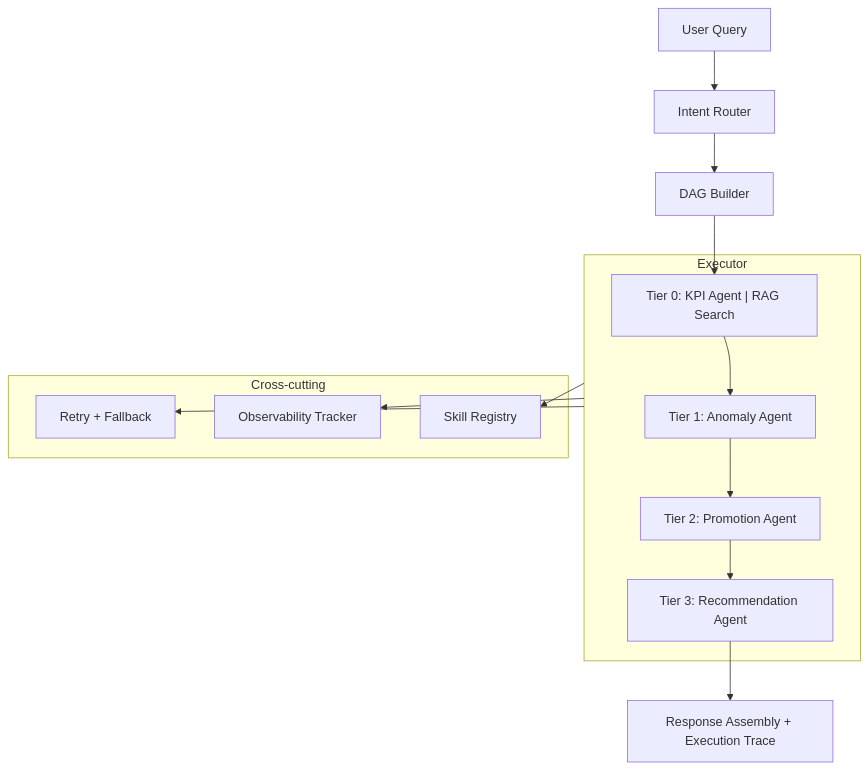
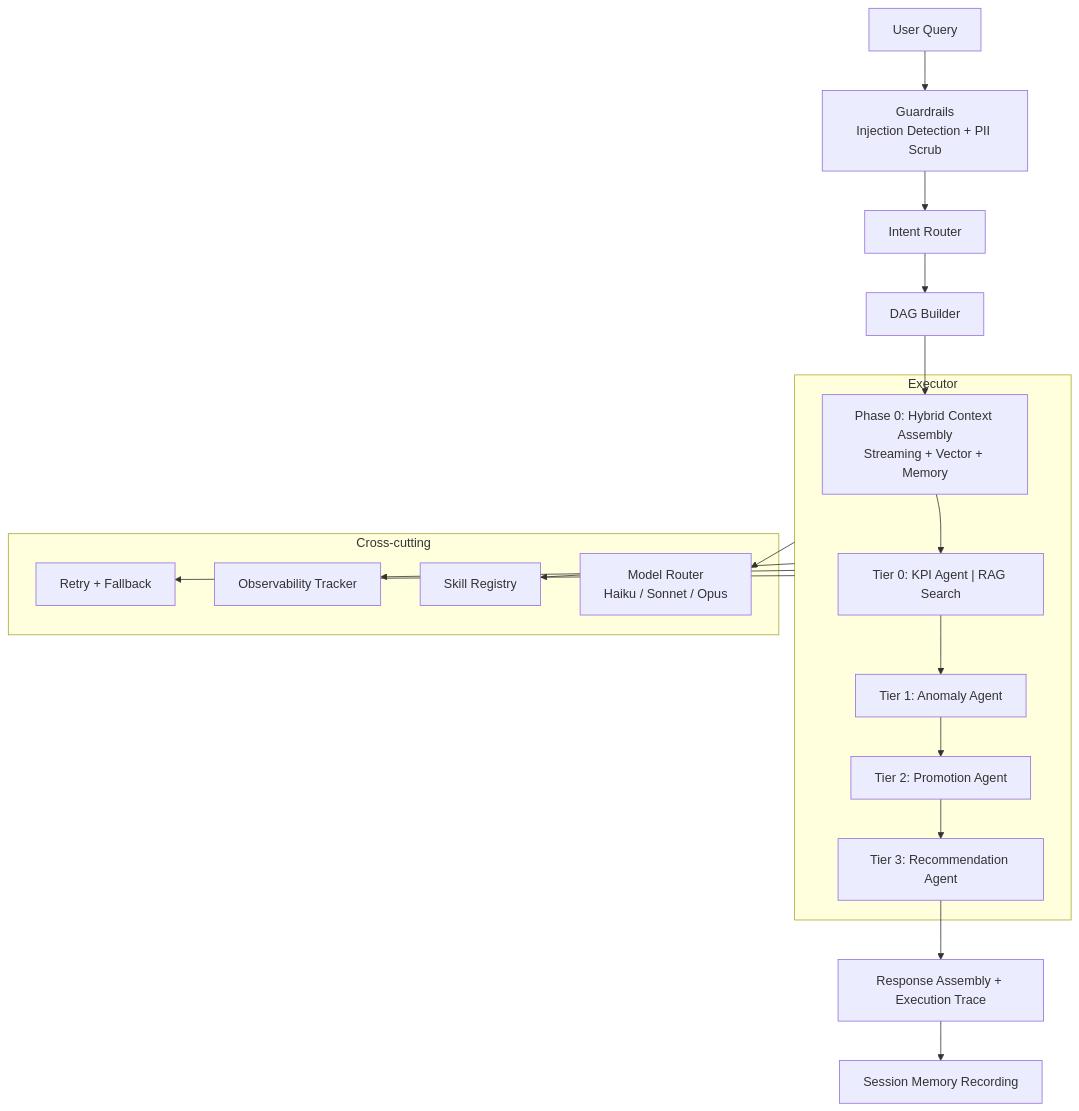
The second of 3 diagrams in architecture/docs/system_overview.md (wchen-dea/Agentic-Operational-Intelligence-Platform), drawn with Mermaid before and after one commit. The commit also changed other lines of this file and 47 other files, not shown here.

````diff
--- a/architecture/docs/system_overview.md
+++ b/architecture/docs/system_overview.md
@@ -43,27 +49,33 @@
 ```mermaid
 flowchart TD
-    Q[User Query] --> R[Intent Router]
+    Q[User Query] --> GR[Guardrails\nInjection Detection + PII Scrub]
+    GR --> R[Intent Router]
     R --> DAG[DAG Builder]
-    DAG --> T0["Tier 0: KPI Agent | RAG Search"]
+    DAG --> CTX[Phase 0: Hybrid Context Assembly\nStreaming + Vector + Memory]
+    CTX --> T0["Tier 0: KPI Agent | RAG Search"]
     T0 --> T1["Tier 1: Anomaly Agent"]
     T1 --> T2["Tier 2: Promotion Agent"]
     T2 --> T3["Tier 3: Recommendation Agent"]
     T3 --> RESP[Response Assembly + Execution Trace]
+    RESP --> MEM[Session Memory Recording]
 
     subgraph Executor
+        CTX
         T0
         T1
         T2
         T3
     end
 
     subgraph Cross-cutting
         RETRY[Retry + Fallback]
         OBS[Observability Tracker]
         SKILLS[Skill Registry]
+        ROUTER[Model Router\nHaiku / Sonnet / Opus]
     end
 
     Executor --> RETRY
     Executor --> OBS
     Executor --> SKILLS
+    Executor --> ROUTER
 ```
````
